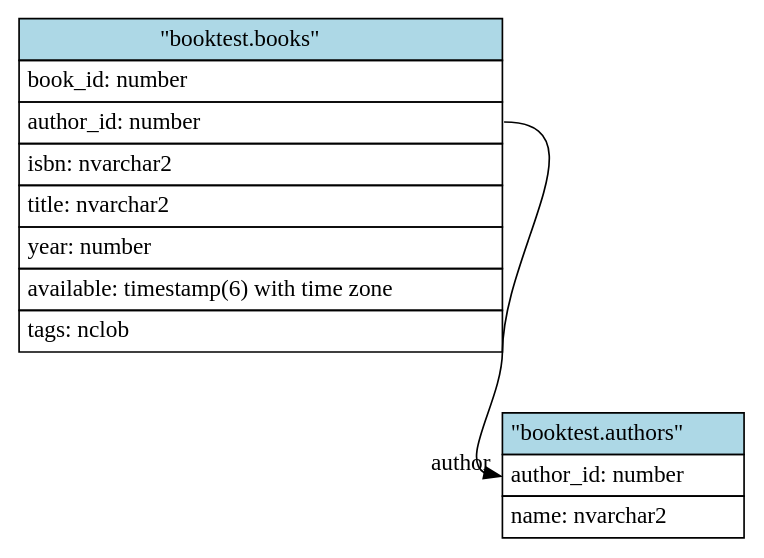
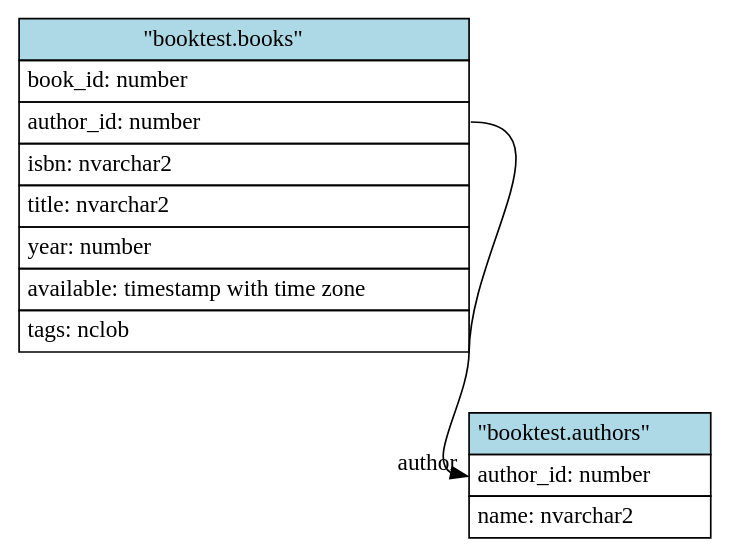
One commit to niurkacanals/Sql-expert-for-database changed the diagram in _examples/booktest/oracle.xo.dot. Above: the diagram before and after it, drawn with Graphviz. The commit also changed 137 other files, not shown here.

```diff
--- a/_examples/booktest/oracle.xo.dot
+++ b/_examples/booktest/oracle.xo.dot
@@ -1,29 +1,28 @@
 // Generated by XO.
 digraph booktest {
 	// Defaults
 	node [shape=none, margin=0]
 	
 	// Nodes (tables)
 	"booktest.authors" [ label=<
 		<table border="0" cellborder="1" cellspacing="0" cellpadding="4">
 		<tr><td bgcolor="lightblue">"booktest.authors"</td></tr>
 		<tr><td align="left" PORT="author_id">author_id: number</td></tr>
 		<tr><td align="left" PORT="name">name: nvarchar2</td></tr>
 		</table>> ]
 	
 	"booktest.books" [ label=<
 		<table border="0" cellborder="1" cellspacing="0" cellpadding="4">
 		<tr><td bgcolor="lightblue">"booktest.books"</td></tr>
 		<tr><td align="left" PORT="book_id">book_id: number</td></tr>
 		<tr><td align="left" PORT="author_id">author_id: number</td></tr>
 		<tr><td align="left" PORT="isbn">isbn: nvarchar2</td></tr>
 		<tr><td align="left" PORT="title">title: nvarchar2</td></tr>
 		<tr><td align="left" PORT="year">year: number</td></tr>
-		<tr><td align="left" PORT="available">available: timestamp(6) with time zone</td></tr>
+		<tr><td align="left" PORT="available">available: timestamp with time zone</td></tr>
 		<tr><td align="left" PORT="tags">tags: nclob</td></tr>
 		</table>> ]
 	
-
 	"booktest.books":"author_id":e -> "booktest.authors":"author_id":w [
 		headlabel="author"]
 }
```
